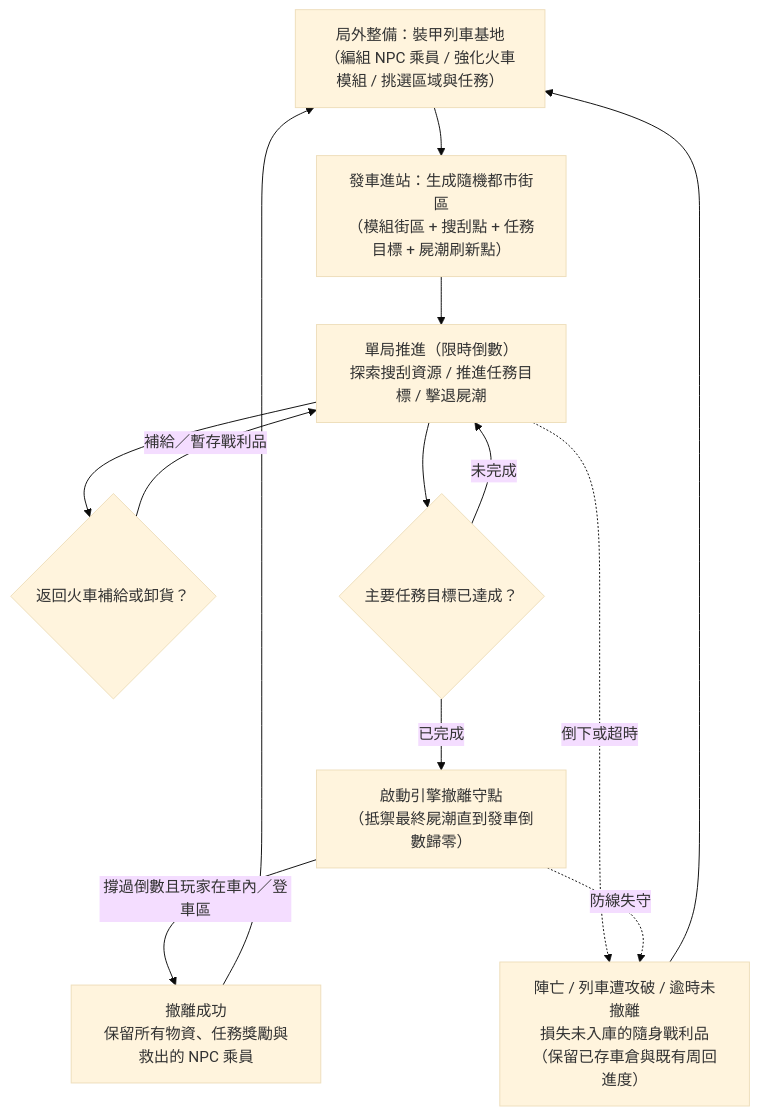
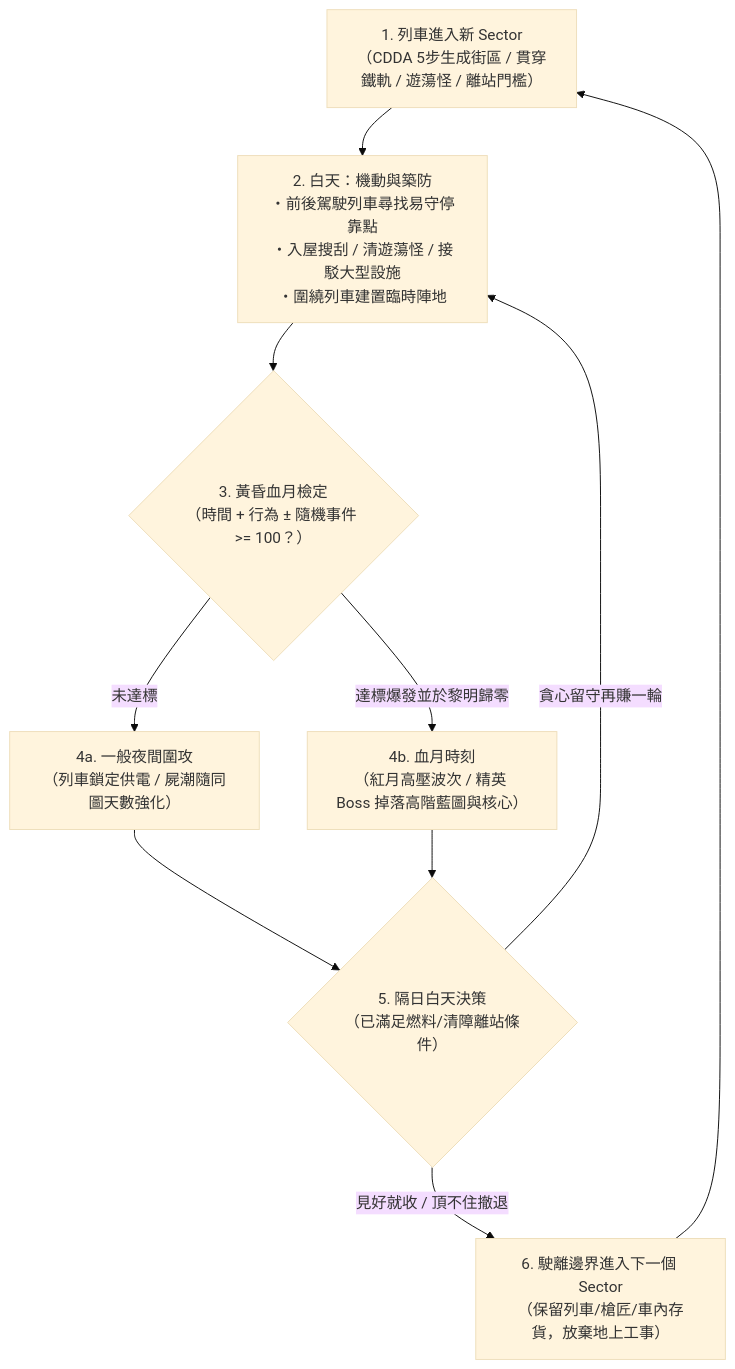
One commit to aibo333/mygame changed the diagram in docs/GDD.md. Above: the diagram before and after it, drawn with Mermaid (base theme). The commit also changed other lines of this file and 45 other files, not shown here.

Commit message:
feat: implement GDD v2.0 Milestones 0-4 (TacticalTheme UI, CDDA city, day/night & boiler helm, dual-layer zombies & blood moon, holdout facility & cross-sector expedition)

````diff
--- a/docs/GDD.md
+++ b/docs/GDD.md
@@ -36,23 +41,16 @@
 ```mermaid
 flowchart TD
-    Hub["局外整備：裝甲列車基地<br/>（編組 NPC 乘員 / 強化火車模組 / 挑選區域與任務）"]
-    Gen["發車進站：生成隨機都市街區<br/>（模組街區 + 搜刮點 + 任務目標 + 屍潮刷新點）"]
-    Explore["單局推進（限時倒數）<br/>探索搜刮資源 / 推進任務目標 / 擊退屍潮"]
-    Depot{"返回火車補給或卸貨？"}
-    ObjDone{"主要任務目標已達成？"}
-    Holdout["啟動引擎撤離守點<br/>（抵禦最終屍潮直到發車倒數歸零）"]
-    Success["撤離成功<br/>保留所有物資、任務獎勵與救出的 NPC 乘員"]
-    Fail["陣亡 / 列車遭攻破 / 逾時未撤離<br/>損失未入庫的隨身戰利品（保留已存車倉與既有周回進度）"]
+    Enter["1. 列車進入新 Sector<br/>（CDDA 5步生成街區 / 貫穿鐵軌 / 遊蕩怪 / 離站門檻）"]
+    Day["2. 白天：機動與築防<br/>・前後駕駛列車尋找易守停靠點<br/>・入屋搜刮 / 清遊蕩怪 / 接駁大型設施<br/>・圍繞列車建置臨時陣地"]
+    Dusk{"3. 黃昏血月檢定<br/>（時間 + 行為 ± 隨機事件 >= 100？）"}
+    Night["4a. 一般夜間圍攻<br/>（列車鎖定供電 / 屍潮隨同圖天數強化）"]
+    BloodMoon["4b. 血月時刻<br/>（紅月高壓波次 / 精英 Boss 掉落高階藍圖與核心）"]
+    StayOrGo{"5. 隔日白天決策<br/>（已滿足燃料/清障離站條件）"}
+    Leave["6. 駛離邊界進入下一個 Sector<br/>（保留列車/槍匠/車內存貨，放棄地上工事）"]
 
-    Hub --> Gen --> Explore
-    Explore --> Depot
-    Depot -->|補給／暫存戰利品| Explore
-    Explore --> ObjDone
-    ObjDone -->|未完成| Explore
-    ObjDone -->|已完成| Holdout
-    Holdout -->|撐過倒數且玩家在車內／登車區| Success
-    Explore -.->|倒下或超時| Fail
-    Holdout -.->|防線失守| Fail
-    Success --> Hub
-    Fail --> Hub
+    Enter --> Day --> Dusk
+    Dusk -->|未達標| Night --> StayOrGo
+    Dusk -->|達標爆發並於黎明歸零| BloodMoon --> StayOrGo
+    StayOrGo -->|貪心留守再賺一輪| Day
+    StayOrGo -->|見好就收 / 頂不住撤退| Leave --> Enter
 ```
````
